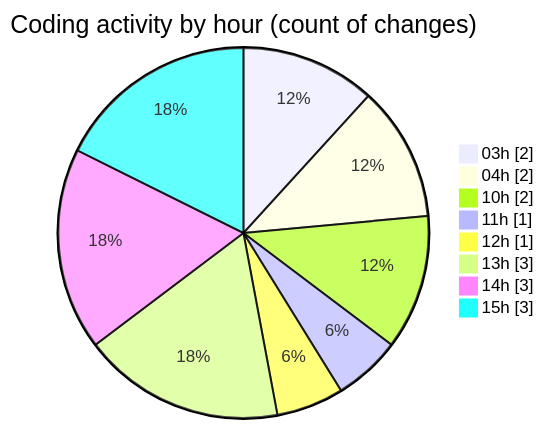
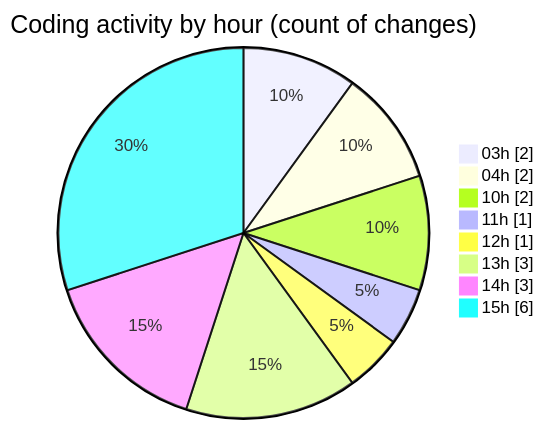
One commit to julien-gomy/code-tracking changed the second of 2 diagrams in 2025-11-27/cdp_aleoudev_fr__workspace_/README.md. Above: the diagram before and after it, drawn with Mermaid. The commit also changed other lines of this file and 1 other file, not shown here.

````diff
--- a/2025-11-27/cdp_aleoudev_fr__workspace_/README.md
+++ b/2025-11-27/cdp_aleoudev_fr__workspace_/README.md
@@ -34,12 +35,12 @@
 ```mermaid
 pie showData
 title Coding activity by hour (count of changes)
 "03h" : 2
 "04h" : 2
 "10h" : 2
 "11h" : 1
 "12h" : 1
 "13h" : 3
 "14h" : 3
-"15h" : 3
+"15h" : 6
 ```
````
